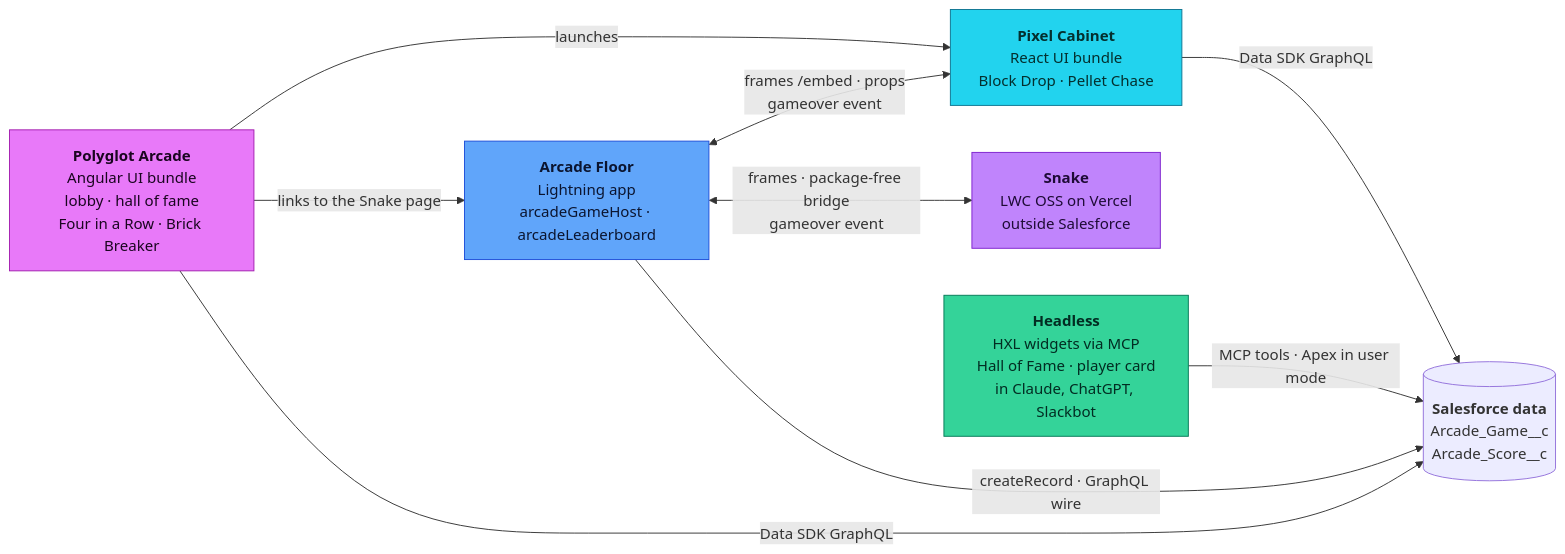
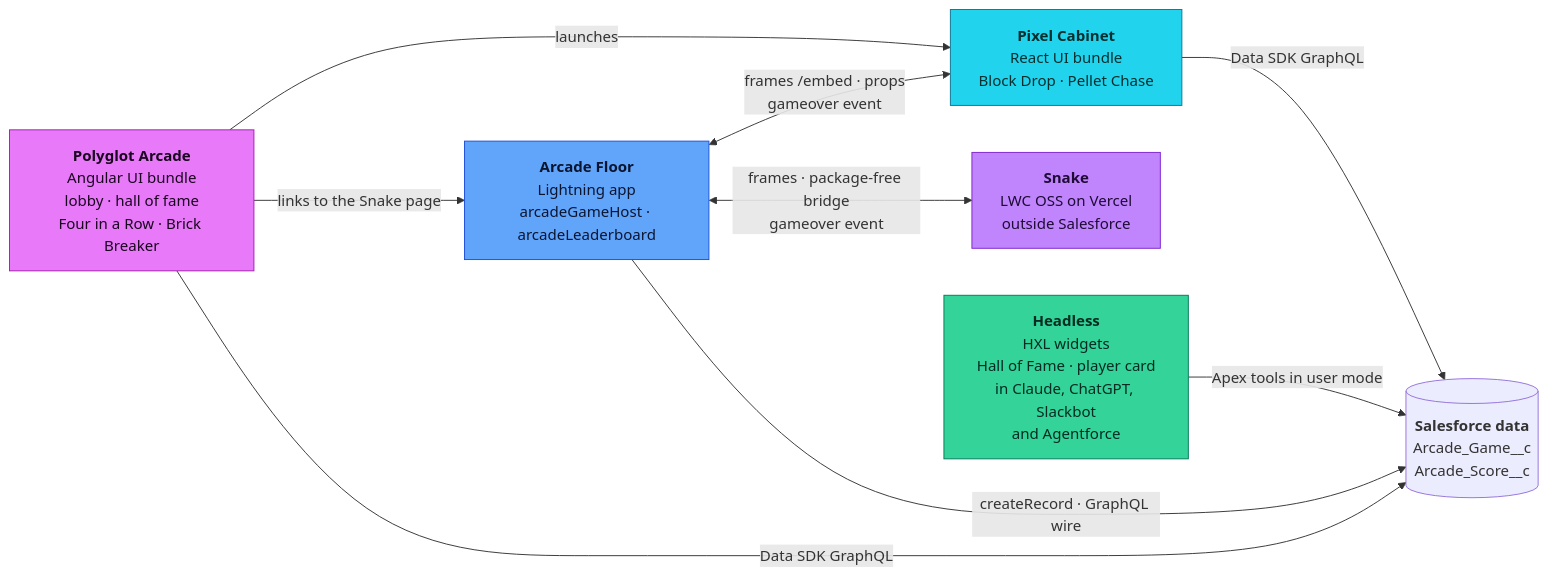
Before and after one commit to svierk/polyglot-arcade: the diagram in README.md, drawn with Mermaid. The commit also changed other lines of this file and 50 other files, not shown here.

First line of the commit message:
feat(agent): Arcade Host - an Agentforce agent in Lightning with the HXL widgets (#39)

````diff
--- a/README.md
+++ b/README.md
@@ -18,27 +18,27 @@
 ```mermaid
 flowchart LR
     Hub["<b>Polyglot Arcade</b><br/>Angular UI bundle<br/>lobby · hall of fame<br/>Four in a Row · Brick Breaker"]
     Cab["<b>Pixel Cabinet</b><br/>React UI bundle<br/>Block Drop · Pellet Chase"]
     Floor["<b>Arcade Floor</b><br/>Lightning app<br/>arcadeGameHost · arcadeLeaderboard"]
     Snake["<b>Snake</b><br/>LWC OSS on Vercel<br/>outside Salesforce"]
     Data[("<b>Salesforce data</b><br/>Arcade_Game__c<br/>Arcade_Score__c")]
-    Chat["<b>Headless</b><br/>HXL widgets via MCP<br/>Hall of Fame · player card<br/>in Claude, ChatGPT, Slackbot"]
+    Chat["<b>Headless</b><br/>HXL widgets<br/>Hall of Fame · player card<br/>in Claude, ChatGPT, Slackbot<br/>and Agentforce"]
     Hub -- "launches" --> Cab
     Hub -- "links to the Snake page" --> Floor
     Floor <-- "frames /embed · props<br/>gameover event" --> Cab
     Floor <-- "frames · package-free bridge<br/>gameover event" --> Snake
     Hub -- "Data SDK GraphQL" --> Data
     Cab -- "Data SDK GraphQL" --> Data
     Floor -- "createRecord · GraphQL wire" --> Data
-    Chat -- "MCP tools · Apex in user mode" --> Data
+    Chat -- "Apex tools in user mode" --> Data
     classDef hub fill:#e879f9,stroke:#a21caf,color:#1a0520
     classDef cabinet fill:#22d3ee,stroke:#0e7490,color:#042f2e
     classDef floor fill:#60a5fa,stroke:#1d4ed8,color:#0b1530
     classDef guest fill:#c084fc,stroke:#7e22ce,color:#1e0b36
     classDef headless fill:#34d399,stroke:#047857,color:#022c22
     class Hub hub
     class Cab cabinet
     class Floor floor
     class Snake guest
     class Chat headless
 ```
````
